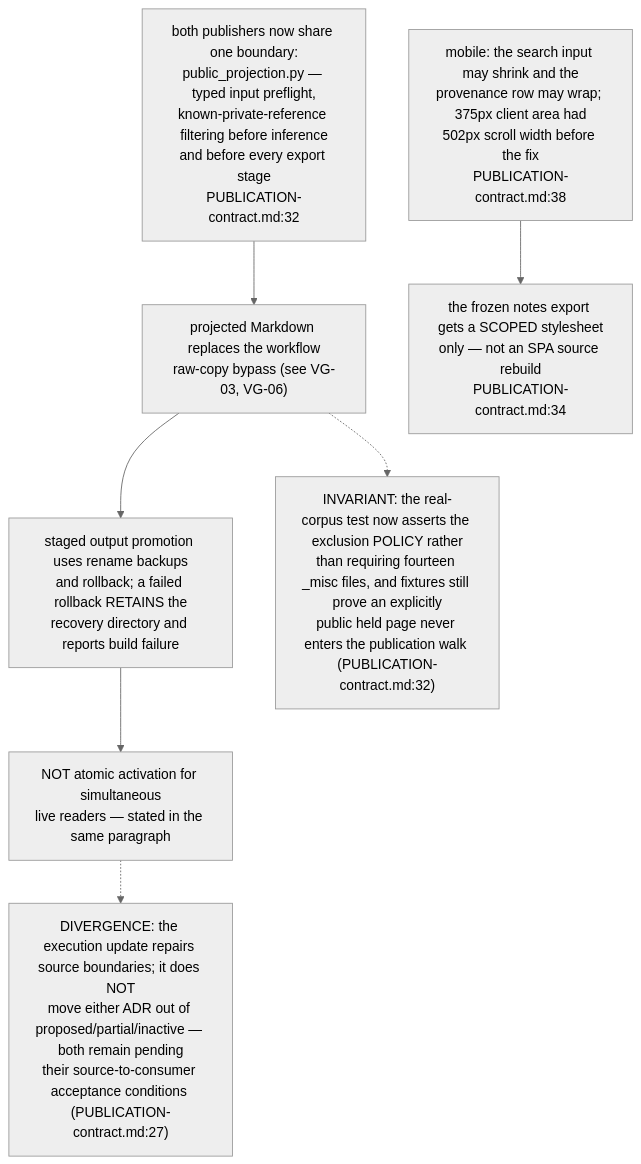
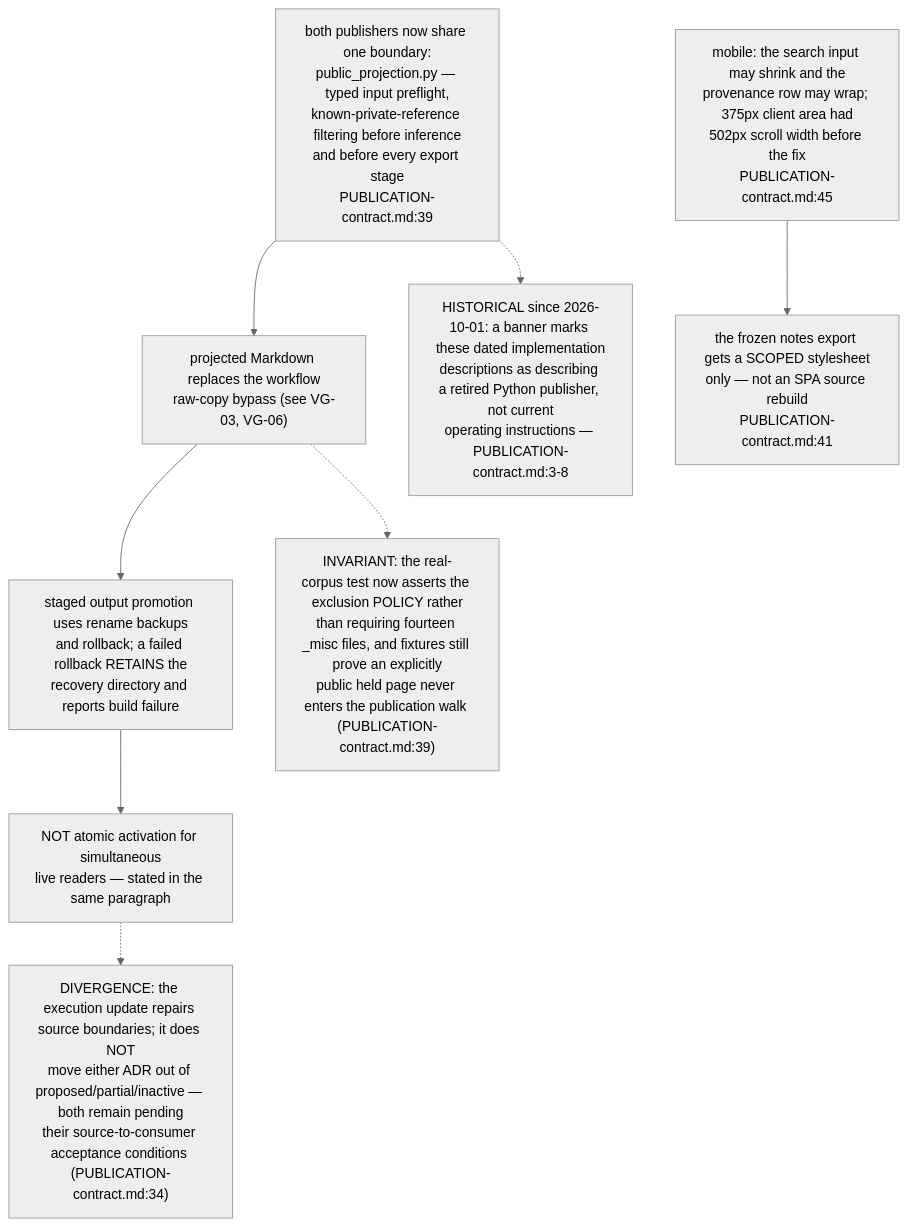
One commit to DreamLab-AI/VisionFlow changed the fourth of 4 diagrams in docs/diagrams/visiongraph/05-invariants-register.md. Above: the diagram before and after it, drawn with Mermaid (neutral theme). The commit also changed other lines of this file and 94 other files, not shown here.

First line of the commit message:
docs(diagrams): re-verify 130 topics against 2 October HEADs

````diff
--- a/docs/diagrams/visiongraph/05-invariants-register.md
+++ b/docs/diagrams/visiongraph/05-invariants-register.md
@@ -68,17 +72,19 @@
 ```mermaid
 flowchart TB
-    SHARED["both publishers now share one boundary:<br/>public_projection.py — typed input preflight,<br/>known-private-reference filtering before inference<br/>and before every export stage<br/>PUBLICATION-contract.md:32"]
+    SHARED["both publishers now share one boundary:<br/>public_projection.py — typed input preflight,<br/>known-private-reference filtering before inference<br/>and before every export stage<br/>PUBLICATION-contract.md:39"]
     PROJ["projected Markdown replaces the workflow<br/>raw-copy bypass #40;see VG-03, VG-06#41;"]
     ROLL["staged output promotion uses rename backups<br/>and rollback; a failed rollback RETAINS the<br/>recovery directory and reports build failure"]
     NOTATOMIC["NOT atomic activation for simultaneous<br/>live readers — stated in the same paragraph"]
-    CSS["mobile: the search input may shrink and the<br/>provenance row may wrap; 375px client area had<br/>502px scroll width before the fix<br/>PUBLICATION-contract.md:38"]
-    NOTSPA["the frozen notes export gets a SCOPED stylesheet<br/>only — not an SPA source rebuild<br/>PUBLICATION-contract.md:34"]
+    CSS["mobile: the search input may shrink and the<br/>provenance row may wrap; 375px client area had<br/>502px scroll width before the fix<br/>PUBLICATION-contract.md:45"]
+    NOTSPA["the frozen notes export gets a SCOPED stylesheet<br/>only — not an SPA source rebuild<br/>PUBLICATION-contract.md:41"]
 
     SHARED --> PROJ --> ROLL --> NOTATOMIC
     CSS --> NOTSPA
 
-    note1["DIVERGENCE: the execution update repairs source boundaries; it does NOT<br/>move either ADR out of proposed/partial/inactive — both remain pending<br/>their source-to-consumer acceptance conditions #40;PUBLICATION-contract.md:27#41;"]
+    note1["DIVERGENCE: the execution update repairs source boundaries; it does NOT<br/>move either ADR out of proposed/partial/inactive — both remain pending<br/>their source-to-consumer acceptance conditions #40;PUBLICATION-contract.md:34#41;"]
     NOTATOMIC -.-> note1
-    note2["INVARIANT: the real-corpus test now asserts the exclusion POLICY rather<br/>than requiring fourteen _misc files, and fixtures still prove an explicitly<br/>public held page never enters the publication walk #40;PUBLICATION-contract.md:32#41;"]
+    note2["INVARIANT: the real-corpus test now asserts the exclusion POLICY rather<br/>than requiring fourteen _misc files, and fixtures still prove an explicitly<br/>public held page never enters the publication walk #40;PUBLICATION-contract.md:39#41;"]
     PROJ -.-> note2
+    note3["HISTORICAL since 2026-10-01: a banner marks these dated implementation<br/>descriptions as describing a retired Python publisher, not current<br/>operating instructions — PUBLICATION-contract.md:3-8"]
+    SHARED -.-> note3
 ```
````
